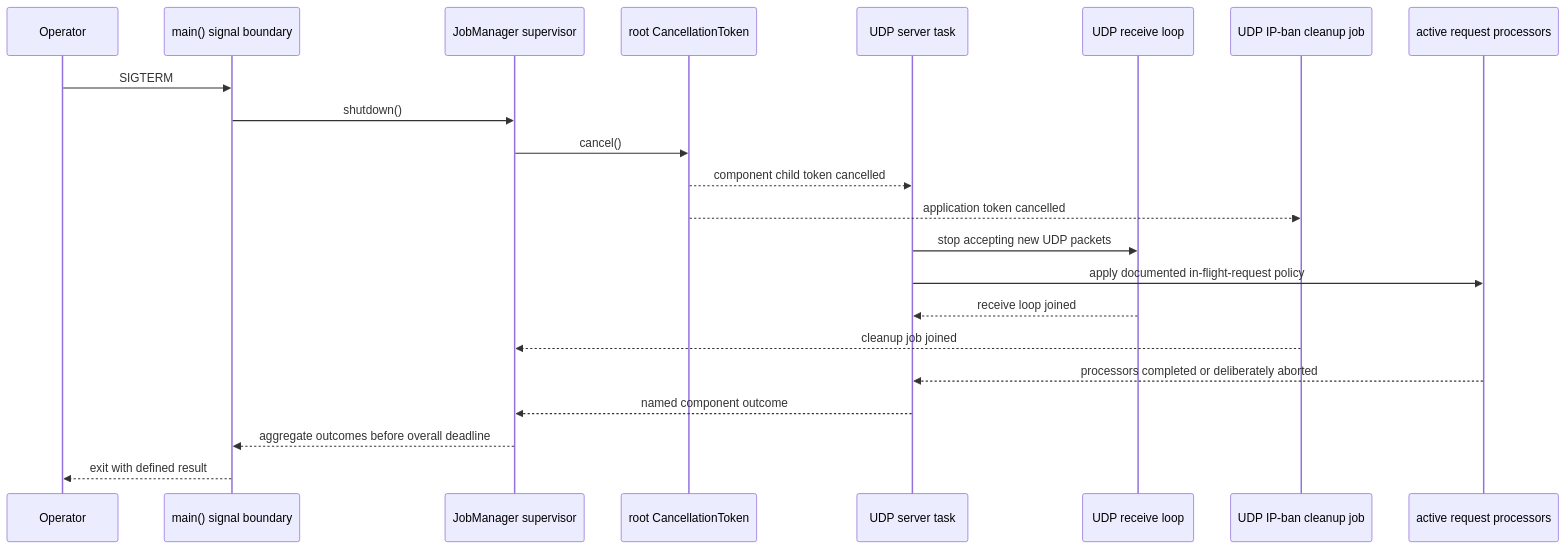
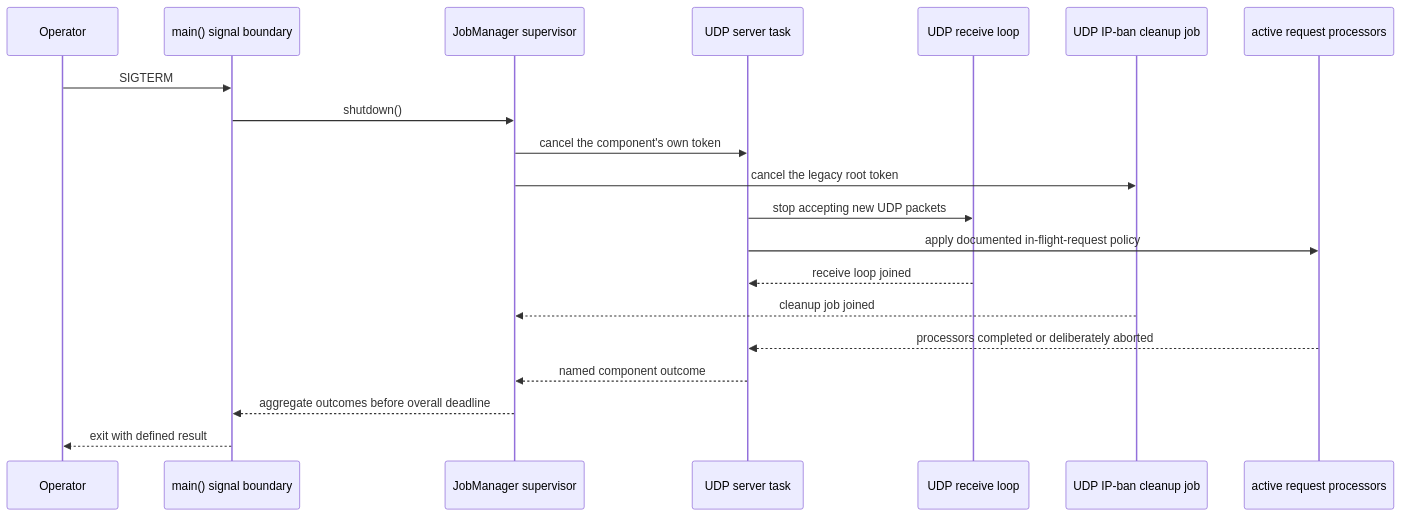
One commit to torrust/torrust-tracker changed the fourth of 4 diagrams in docs/features/shutdown-process/shutdown-architecture-examples.md. Above: the diagram before and after it, drawn with Mermaid. The commit also changed other lines of this file and 6 other files, not shown here.

First line of the commit message:
docs(architecture): [#2416] document the stop order, move the diagrams, and add the swarm bus

````diff
--- a/docs/features/shutdown-process/shutdown-architecture-examples.md
+++ b/docs/features/shutdown-process/shutdown-architecture-examples.md
@@ -206,25 +212,23 @@
 ```mermaid
 sequenceDiagram
     participant Operator
     participant Main as main() signal boundary
     participant Supervisor as JobManager supervisor
-    participant Root as root CancellationToken
     participant UdpServer as UDP server task
     participant Receive as UDP receive loop
     participant BanCleanup as UDP IP-ban cleanup job
     participant Requests as active request processors
 
     Operator->>Main: SIGTERM
     Main->>Supervisor: shutdown()
-    Supervisor->>Root: cancel()
-    Root-->>UdpServer: component child token cancelled
-    Root-->>BanCleanup: application token cancelled
+    Supervisor->>UdpServer: cancel the component's own token
+    Supervisor->>BanCleanup: cancel the legacy root token
     UdpServer->>Receive: stop accepting new UDP packets
     UdpServer->>Requests: apply documented in-flight-request policy
     Receive-->>UdpServer: receive loop joined
     BanCleanup-->>Supervisor: cleanup job joined
     Requests-->>UdpServer: processors completed or deliberately aborted
     UdpServer-->>Supervisor: named component outcome
     Supervisor-->>Main: aggregate outcomes before overall deadline
     Main-->>Operator: exit with defined result
 ```
````
